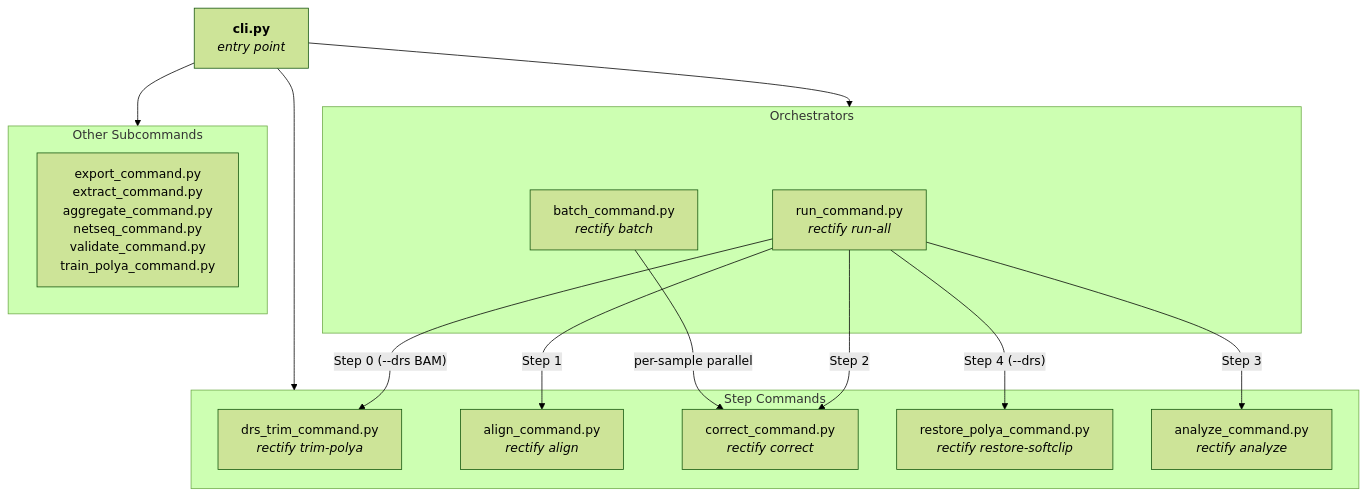
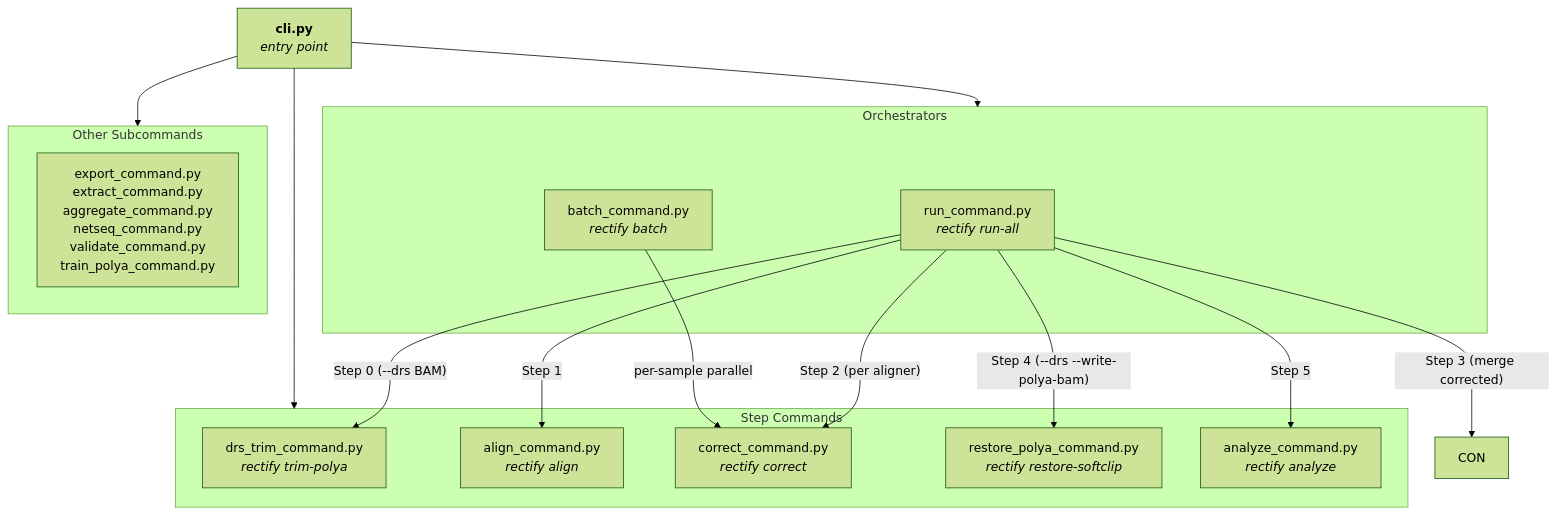
Before and after one commit to k-roy/RECTIFY: the first of 2 diagrams in docs/ARCHITECTURE.md, drawn with Mermaid (forest theme). The commit also changed other lines of this file and 45 other files, not shown here.

First line of the commit message:
docs: v3.x algorithm rewrite + figure regeneration + new technical notes

````diff
--- a/docs/ARCHITECTURE.md
+++ b/docs/ARCHITECTURE.md
@@ -204,33 +212,34 @@
 ```mermaid
 flowchart TD
     CLI["<b>cli.py</b><br/><i>entry point</i>"]
 
     subgraph orchestrators["Orchestrators"]
         RC["run_command.py<br/><i>rectify run-all</i>"]
         BC["batch_command.py<br/><i>rectify batch</i>"]
     end
 
     subgraph commands["Step Commands"]
         TC["drs_trim_command.py<br/><i>rectify trim-polya</i>"]
         AL["align_command.py<br/><i>rectify align</i>"]
         CC["correct_command.py<br/><i>rectify correct</i>"]
         RSC["restore_polya_command.py<br/><i>rectify restore-softclip</i>"]
         AC["analyze_command.py<br/><i>rectify analyze</i>"]
     end
 
     subgraph utilities["Other Subcommands"]
         EX["export_command.py<br/>extract_command.py<br/>aggregate_command.py<br/>netseq_command.py<br/>validate_command.py<br/>train_polya_command.py"]
     end
 
     CLI --> orchestrators
     CLI --> commands
     CLI --> utilities
 
     RC -->|"Step 0 (--drs BAM)"| TC
     RC -->|"Step 1"| AL
-    RC -->|"Step 2"| CC
-    RC -->|"Step 3"| AC
-    RC -->|"Step 4 (--drs)"| RSC
+    RC -->|"Step 2 (per aligner)"| CC
+    RC -->|"Step 3 (merge corrected)"| CON
+    RC -->|"Step 4 (--drs --write-polya-bam)"| RSC
+    RC -->|"Step 5"| AC
 
     BC -->|"per-sample parallel"| CC
 ```
````
